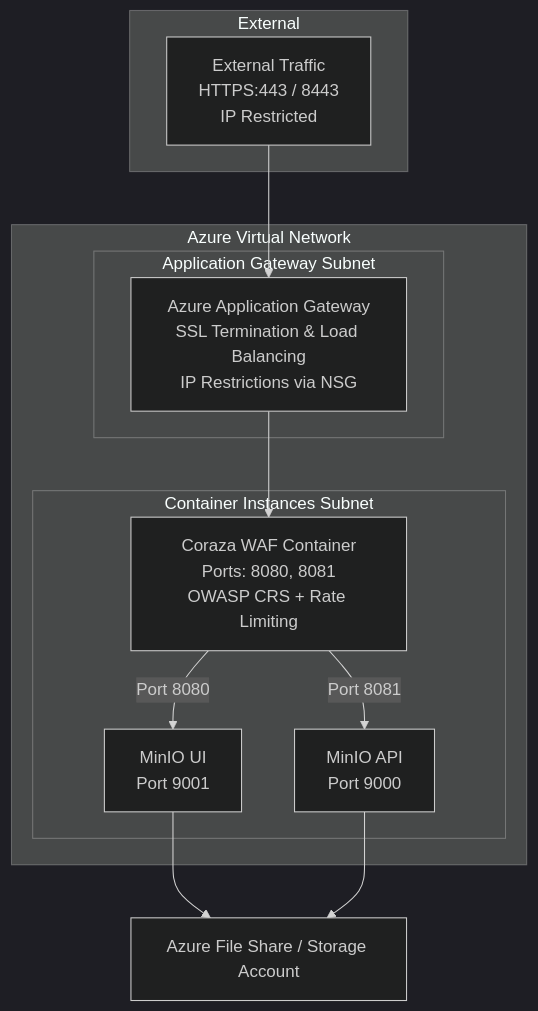
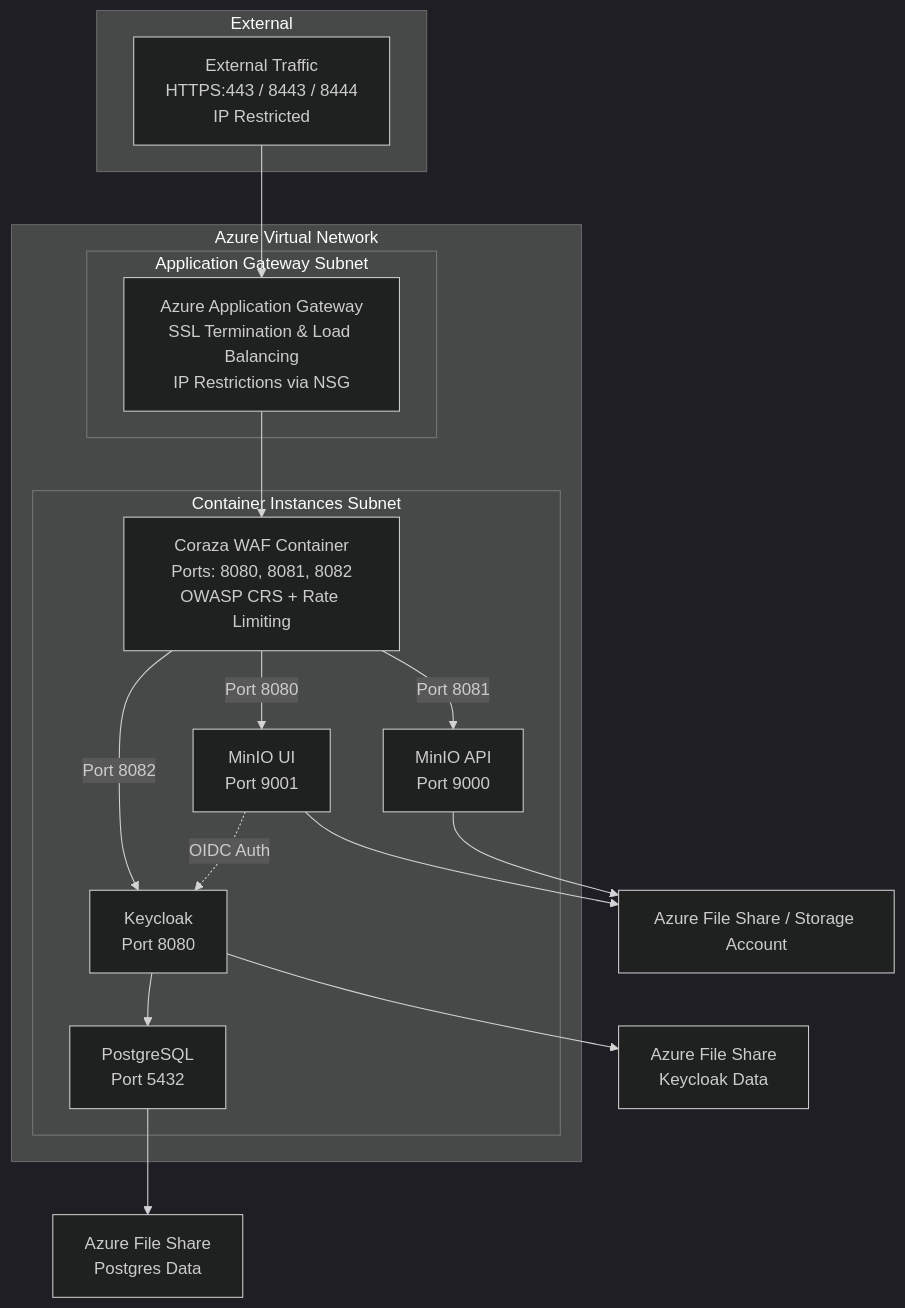
The diagram in README.md (meshcloud/minio_azure_container_app), drawn with Mermaid (dark theme) before and after one commit. The commit also changed other lines of this file and 3 other files, not shown here.

````diff
--- a/README.md
+++ b/README.md
@@ -9,27 +9,35 @@
 ```mermaid
 flowchart TD
     subgraph External
-        A[External Traffic<br>HTTPS:443 / 8443<br>IP Restricted]
+        A[External Traffic<br>HTTPS:443 / 8443 / 8444<br>IP Restricted]
     end
 
     A --> B[Azure Application Gateway<br>SSL Termination & Load Balancing<br>IP Restrictions via NSG]
 
-    B --> C[Coraza WAF Container<br>Ports: 8080, 8081<br>OWASP CRS + Rate Limiting]
+    B --> C[Coraza WAF Container<br>Ports: 8080, 8081, 8082<br>OWASP CRS + Rate Limiting]
 
     C -->|Port 8080| E[MinIO UI<br>Port 9001]
     C -->|Port 8081| F[MinIO API<br>Port 9000]
+    C -->|Port 8082| K[Keycloak<br>Port 8080]
 
     E --> G[Azure File Share / Storage Account]
     F --> G
+    K --> H[PostgreSQL<br>Port 5432]
+    K --> I[Azure File Share<br>Keycloak Data]
+    H --> J[Azure File Share<br>Postgres Data]
+
+    E -.OIDC Auth.-> K
 
     subgraph "Azure Virtual Network"
         subgraph "Application Gateway Subnet"
             B
         end
         subgraph "Container Instances Subnet"
             C
             E
             F
+            K
+            H
         end
     end
 ```
````
